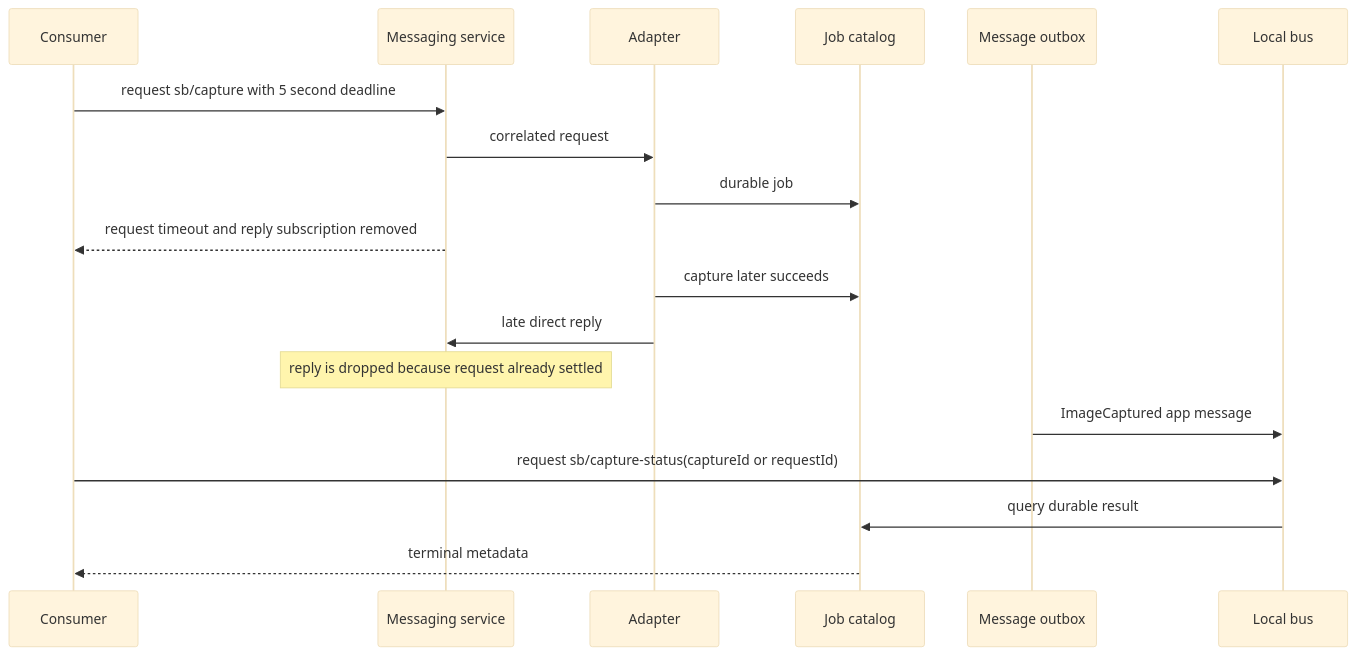
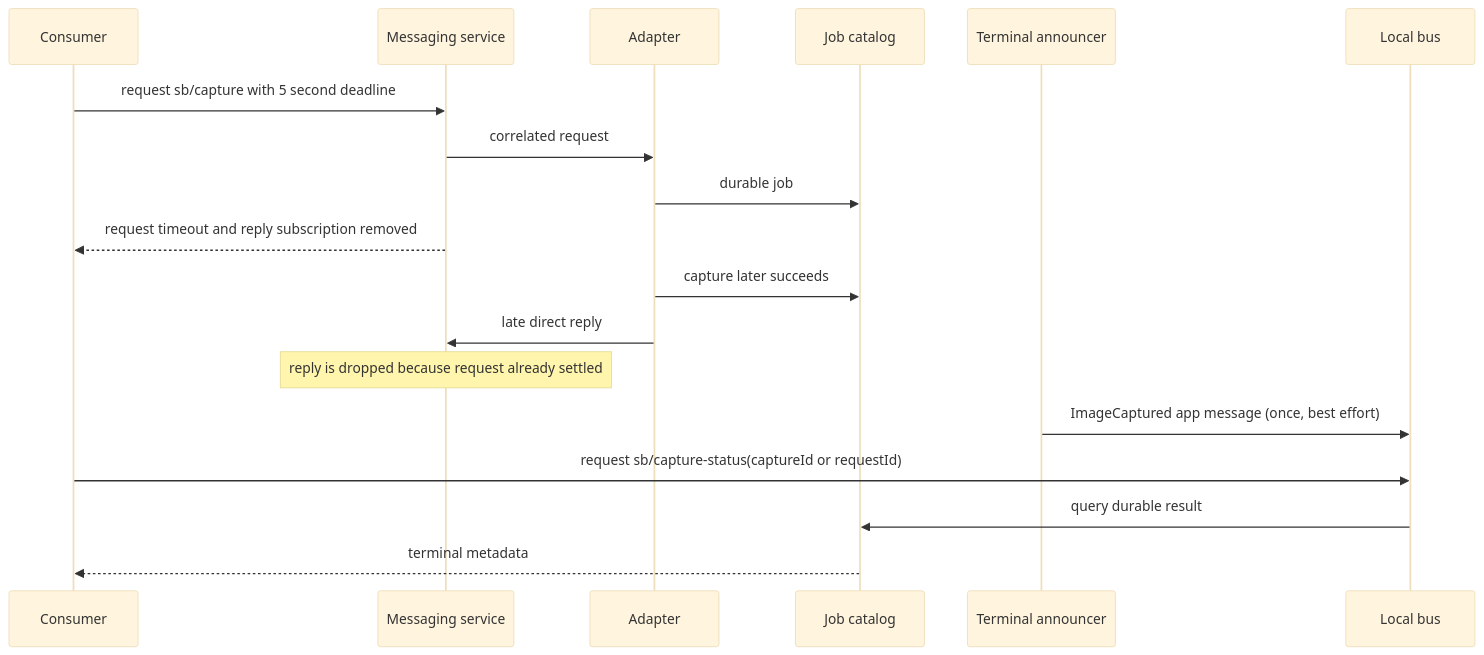
Before and after one commit to edgecommons/camera-adapter: the tenth of 15 diagrams in DESIGN.md, drawn with Mermaid (base theme). The commit also changed other lines of this file and 24 other files, not shown here.

````diff
--- a/DESIGN.md
+++ b/DESIGN.md
@@ -1743,21 +1742,21 @@
 ```mermaid
 sequenceDiagram
   participant Consumer
   participant Messaging as Messaging service
   participant Adapter
   participant Catalog as Job catalog
-  participant Outbox as Message outbox
+  participant Announcer as Terminal announcer
   participant Bus as Local bus
 
   Consumer->>Messaging: request sb/capture with 5 second deadline
   Messaging->>Adapter: correlated request
   Adapter->>Catalog: durable job
   Messaging-->>Consumer: request timeout and reply subscription removed
   Adapter->>Catalog: capture later succeeds
   Adapter->>Messaging: late direct reply
   Note over Messaging: reply is dropped because request already settled
-  Outbox->>Bus: ImageCaptured app message
+  Announcer->>Bus: ImageCaptured app message (once, best effort)
   Consumer->>Bus: request sb/capture-status(captureId or requestId)
   Bus->>Catalog: query durable result
   Catalog-->>Consumer: terminal metadata
 ```
````
